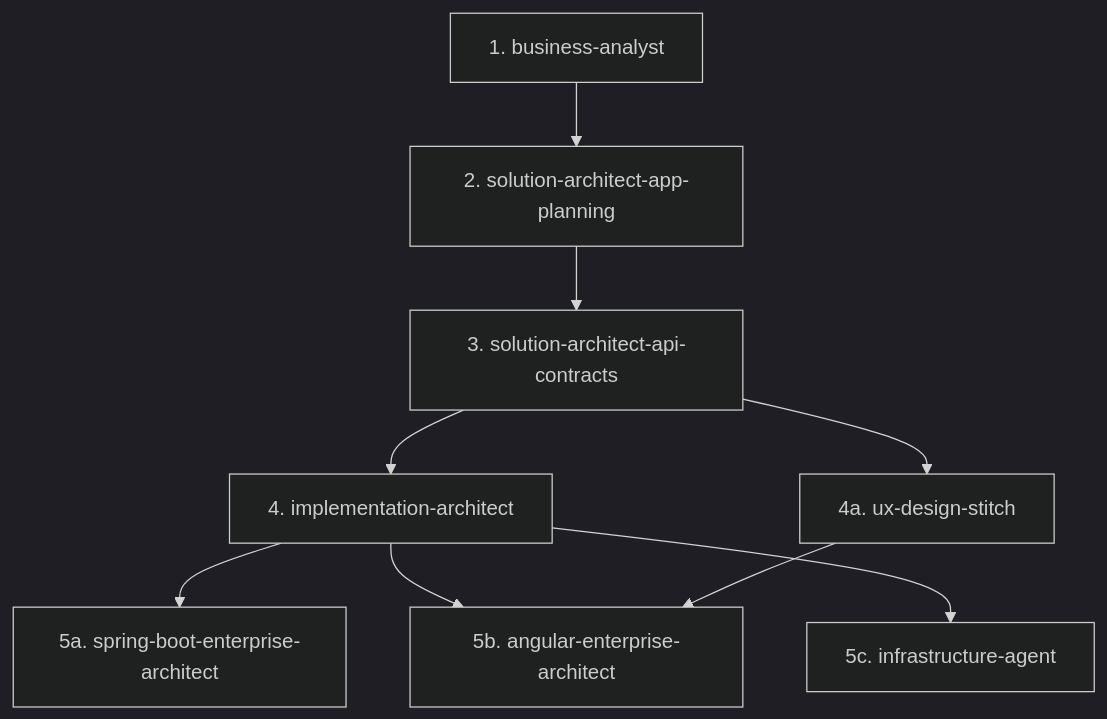
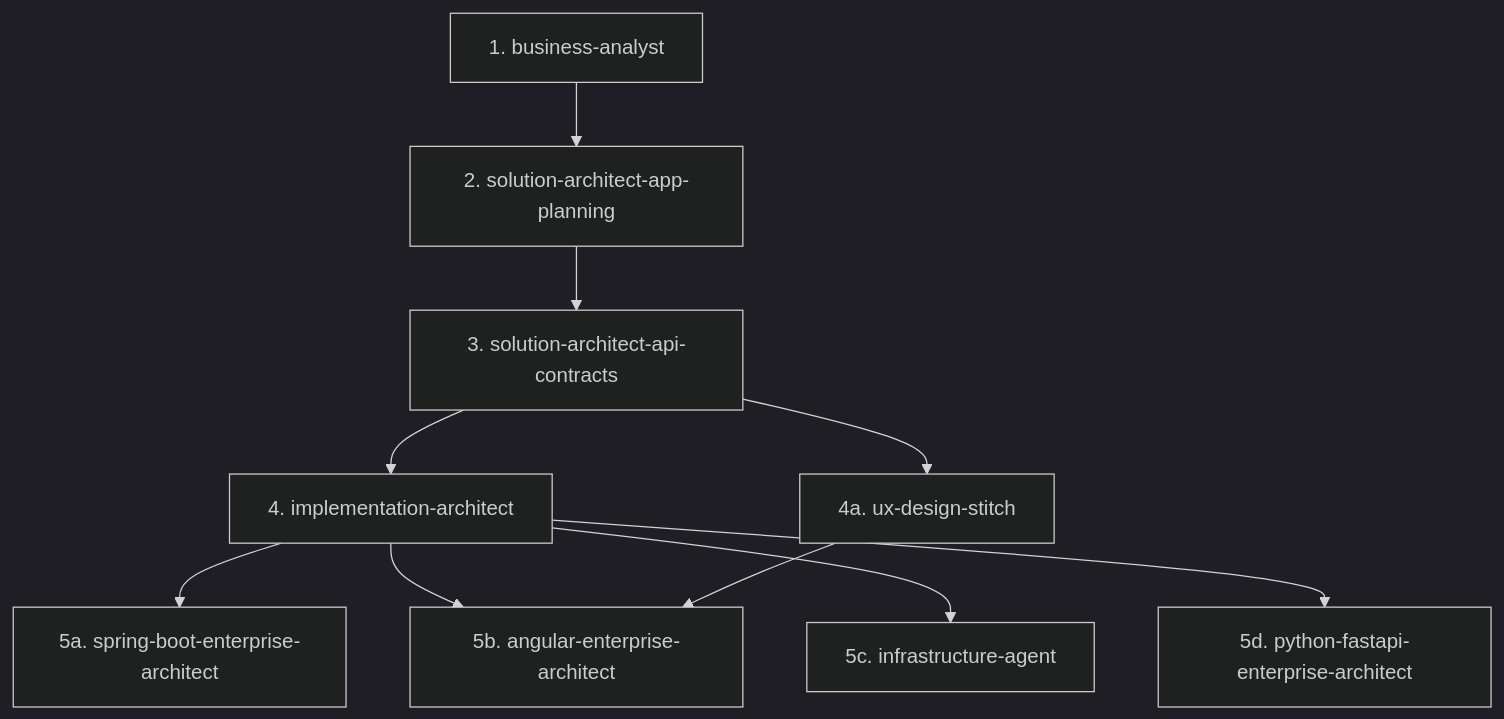
One commit to Nikhil8bph/codex-skills changed the diagram in AGENTS.md. Above: the diagram before and after it, drawn with Mermaid (dark theme). The commit also changed other lines of this file and 21 other files, not shown here.

Commit message:
Added support for python fastapi and updated the skills to use better way

````diff
--- a/AGENTS.md
+++ b/AGENTS.md
@@ -7,11 +9,12 @@
 ```mermaid
 flowchart TD
     A[1. business-analyst] --> B[2. solution-architect-app-planning]
     B --> C[3. solution-architect-api-contracts]
     C --> D[4. implementation-architect]
     C --> U[4a. ux-design-stitch]
     D --> E[5a. spring-boot-enterprise-architect]
     D --> F[5b. angular-enterprise-architect]
     D --> G[5c. infrastructure-agent]
+    D --> H[5d. python-fastapi-enterprise-architect]
     U --> F
 ```
````
